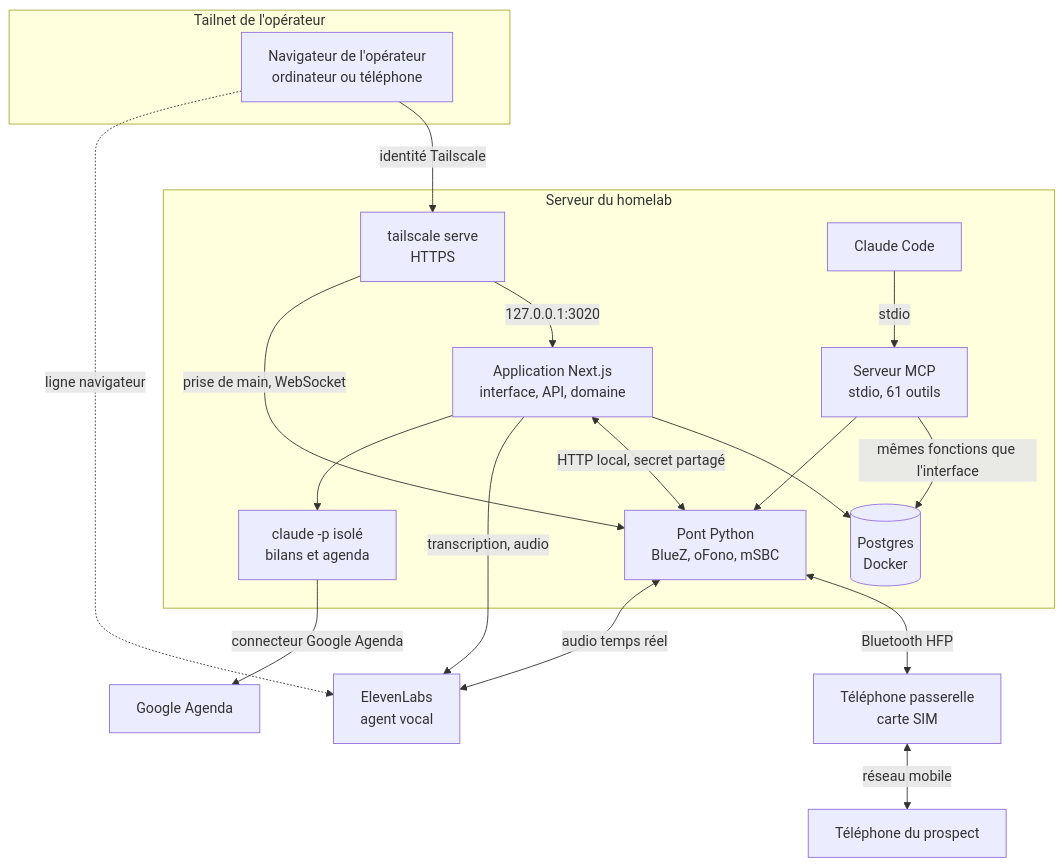
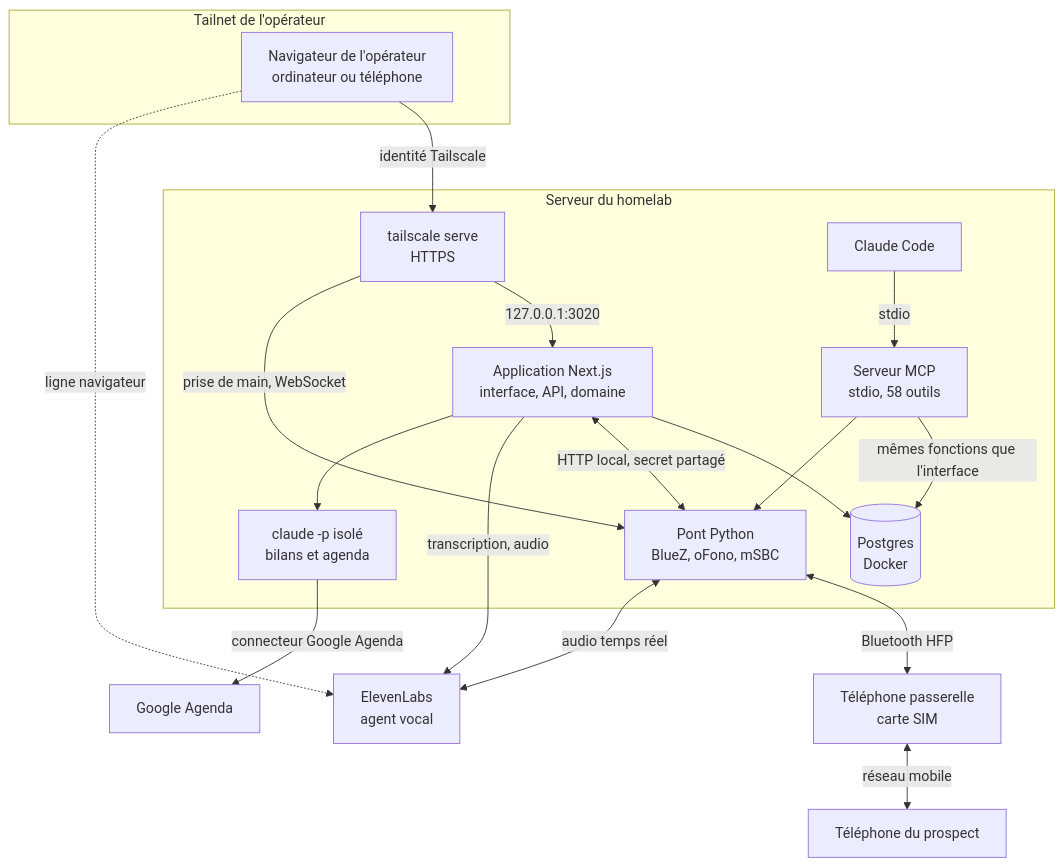
One commit to Tibxla/autocalled changed the first of 2 diagrams in README.md. Above: the diagram before and after it, drawn with Mermaid. The commit also changed other lines of this file and 112 other files, not shown here.

````diff
--- a/README.md
+++ b/README.md
@@ -235,37 +235,37 @@
 ```mermaid
 flowchart TB
     subgraph tailnet["Tailnet de l'opérateur"]
         Nav["Navigateur de l'opérateur<br/>ordinateur ou téléphone"]
     end
 
     subgraph serveur["Serveur du homelab"]
         TS["tailscale serve<br/>HTTPS"]
         Web["Application Next.js<br/>interface, API, domaine"]
         DB[("Postgres<br/>Docker")]
         Pont["Pont Python<br/>BlueZ, oFono, mSBC"]
         Ana["claude -p isolé<br/>bilans et agenda"]
         CC["Claude Code"]
-        MCP["Serveur MCP<br/>stdio, 61 outils"]
+        MCP["Serveur MCP<br/>stdio, 58 outils"]
     end
 
     Tel["Téléphone passerelle<br/>carte SIM"]
     Pro["Téléphone du prospect"]
     EL["ElevenLabs<br/>agent vocal"]
     GC["Google Agenda"]
 
     Nav -->|"identité Tailscale"| TS
     TS -->|"127.0.0.1:3020"| Web
     TS -->|"prise de main, WebSocket"| Pont
     Web --> DB
     Web <-->|"HTTP local, secret partagé"| Pont
     Pont <-->|"Bluetooth HFP"| Tel
     Tel <-->|"réseau mobile"| Pro
     Pont <-->|"audio temps réel"| EL
     Nav -.->|"ligne navigateur"| EL
     Web -->|"transcription, audio"| EL
     Web --> Ana
     Ana -->|"connecteur Google Agenda"| GC
     CC -->|"stdio"| MCP
     MCP -->|"mêmes fonctions que l'interface"| DB
     MCP --> Pont
 ```
````
